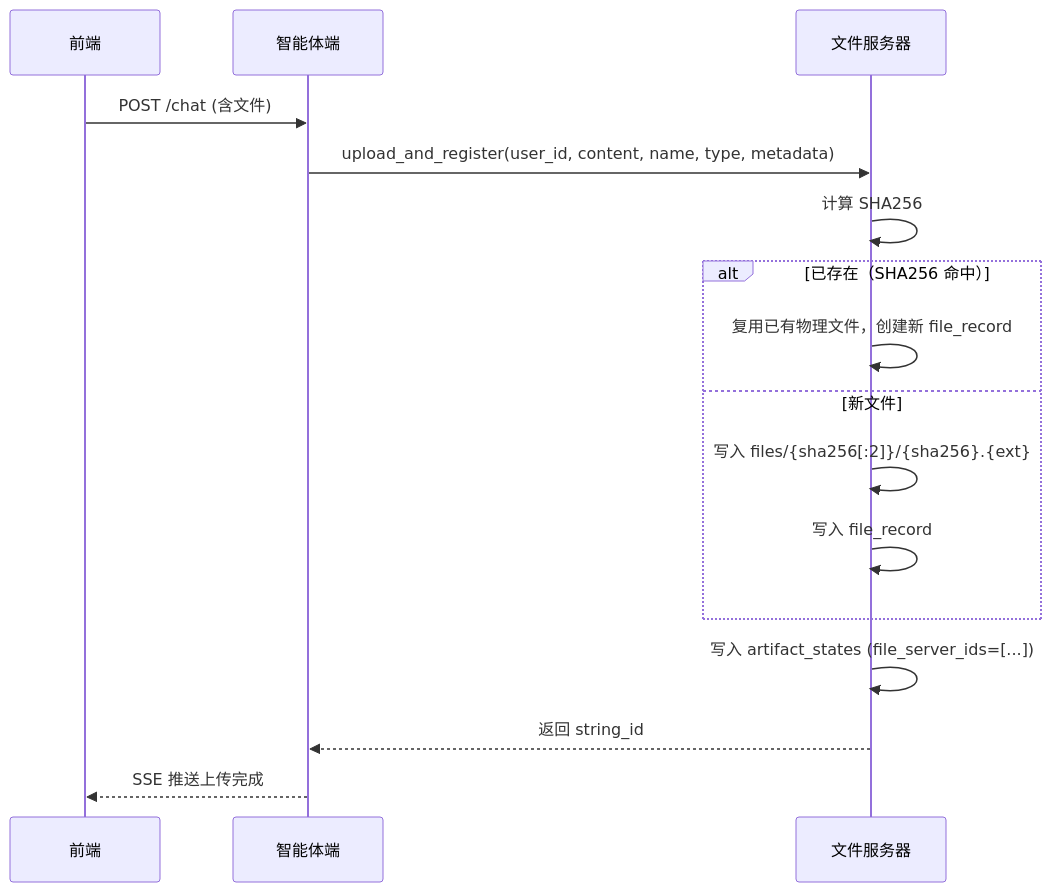
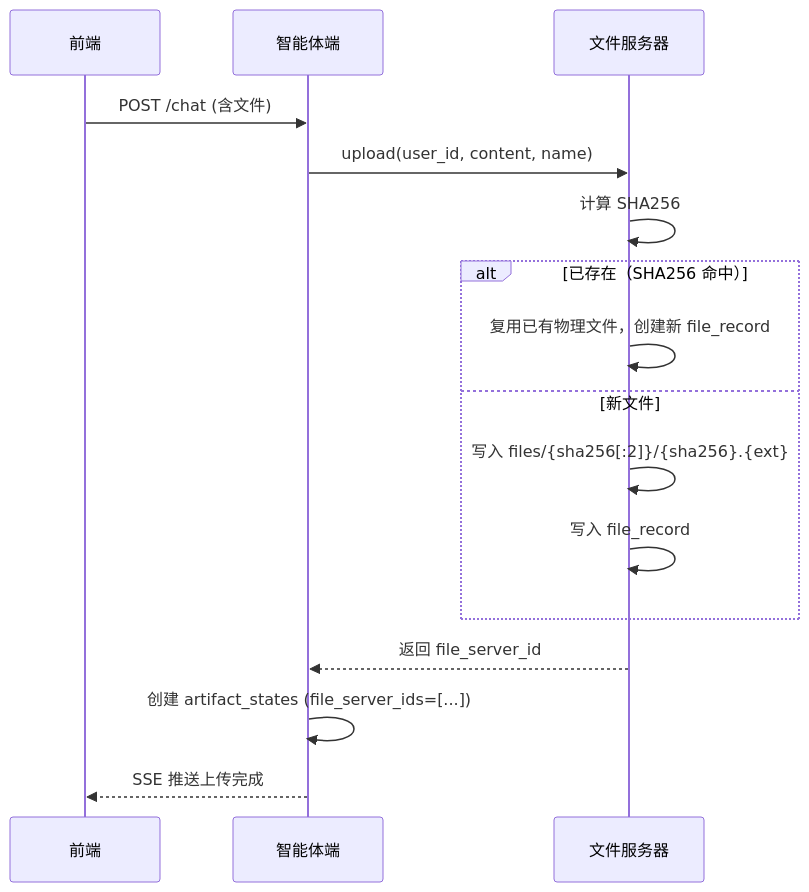
One commit to zhou-tian-yi/laspai-agent-design changed the second of 3 diagrams in LASPAI 智能体文件管理端设计方案.md. Above: the diagram before and after it, drawn with Mermaid. The commit also changed other lines of this file and 2 other files, not shown here.

````diff
--- a/LASPAI 智能体文件管理端设计方案.md
+++ b/LASPAI 智能体文件管理端设计方案.md
@@ -288,19 +268,19 @@
 ```mermaid
 sequenceDiagram
     participant FE as 前端
     participant AG as 智能体端
     participant FS as 文件服务器
 
     FE->>AG: POST /chat (含文件)
-    AG->>FS: upload_and_register(user_id, content, name, type, metadata)
+    AG->>FS: upload(user_id, content, name)
     FS->>FS: 计算 SHA256
     alt 已存在（SHA256 命中）
         FS->>FS: 复用已有物理文件，创建新 file_record
     else 新文件
         FS->>FS: 写入 files/{sha256[:2]}/{sha256}.{ext}
         FS->>FS: 写入 file_record
     end
-    FS->>FS: 写入 artifact_states (file_server_ids=[...])
-    FS-->>AG: 返回 string_id
+    FS-->>AG: 返回 file_server_id
+    AG->>AG: 创建 artifact_states (file_server_ids=[...])
     AG-->>FE: SSE 推送上传完成
 ```
````
